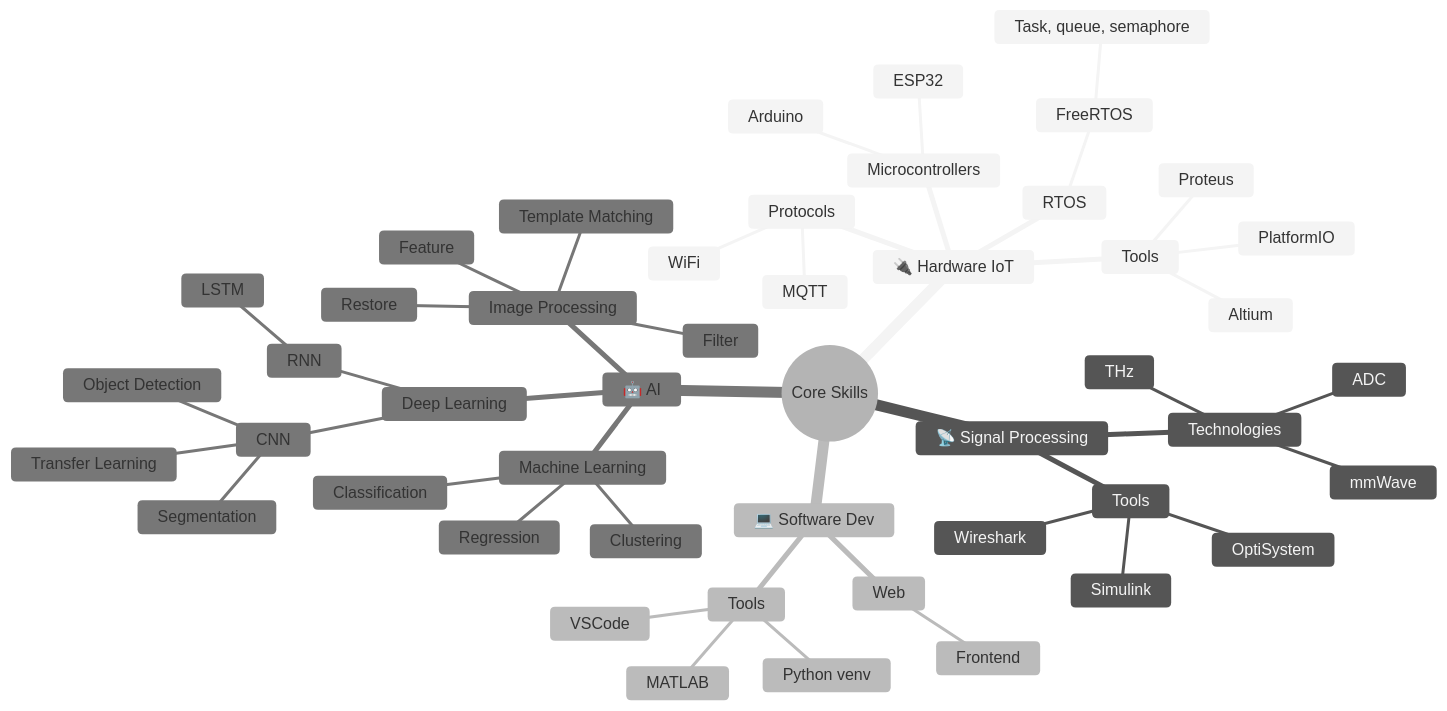
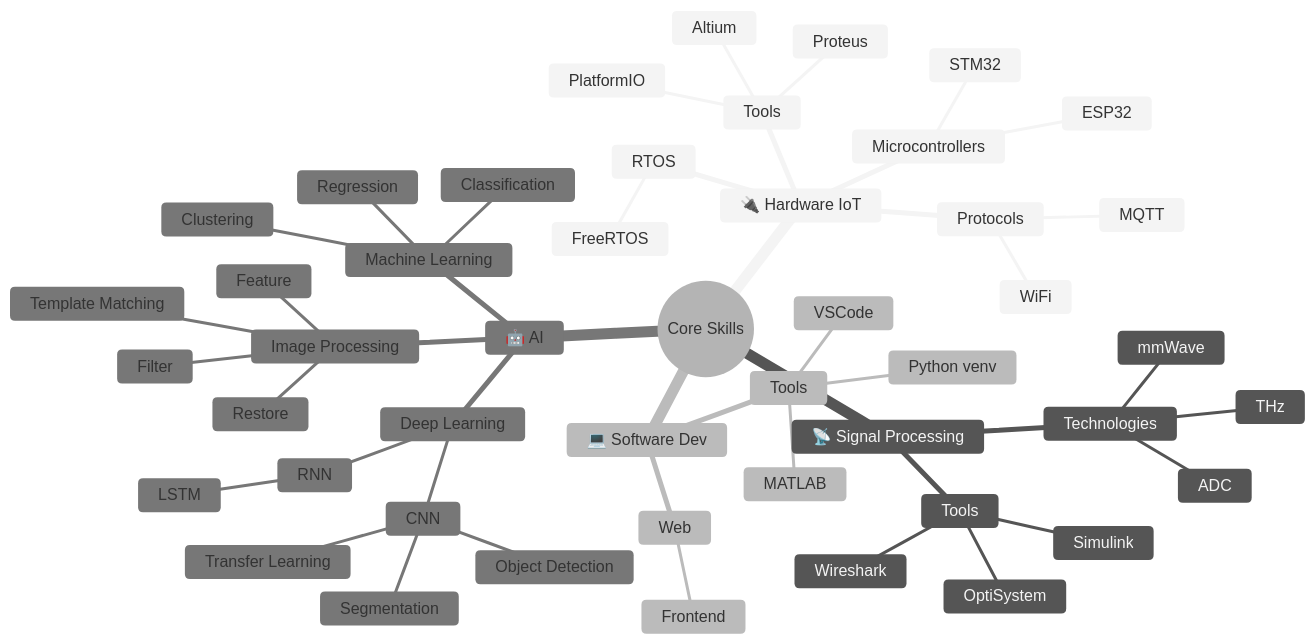
One commit to bathanh0309/bathanh0309 changed the diagram in README.md. Above: the diagram before and after it, drawn with Mermaid (neutral theme).

````diff
--- a/README.md
+++ b/README.md
@@ -141,51 +141,50 @@
 ```mermaid
 mindmap
   root((Core Skills))
     🔌 Hardware IoT
       Microcontrollers
         ESP32
-        Arduino
+        STM32
       RTOS
         FreeRTOS
-          Task, queue, semaphore
       Protocols
         MQTT
         WiFi
       Tools
         PlatformIO
         Proteus
         Altium
     📡 Signal Processing
       Technologies
         mmWave
         THz
         ADC
       Tools
         Simulink
         OptiSystem
         Wireshark
     💻 Software Dev
       Web
         Frontend
       Tools
         VSCode
         MATLAB
         Python venv
     🤖 AI 
       Machine Learning
         Classification
         Regression
         Clustering
       Deep Learning
         CNN
           Segmentation
           Object Detection
           Transfer Learning
         RNN
           LSTM
       Image Processing
         Feature
         Filter
         Restore
         Template Matching
 ```
````
